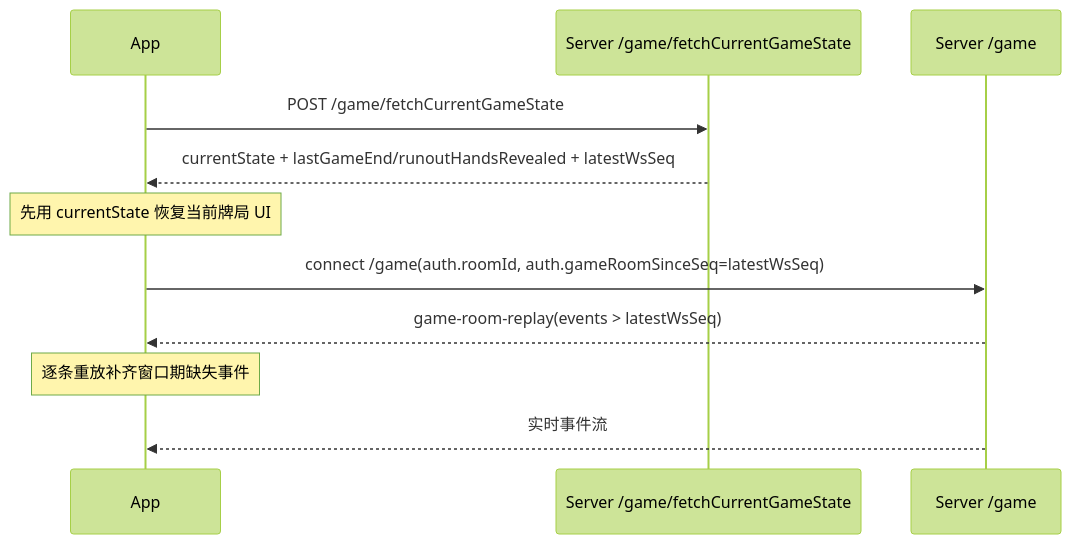
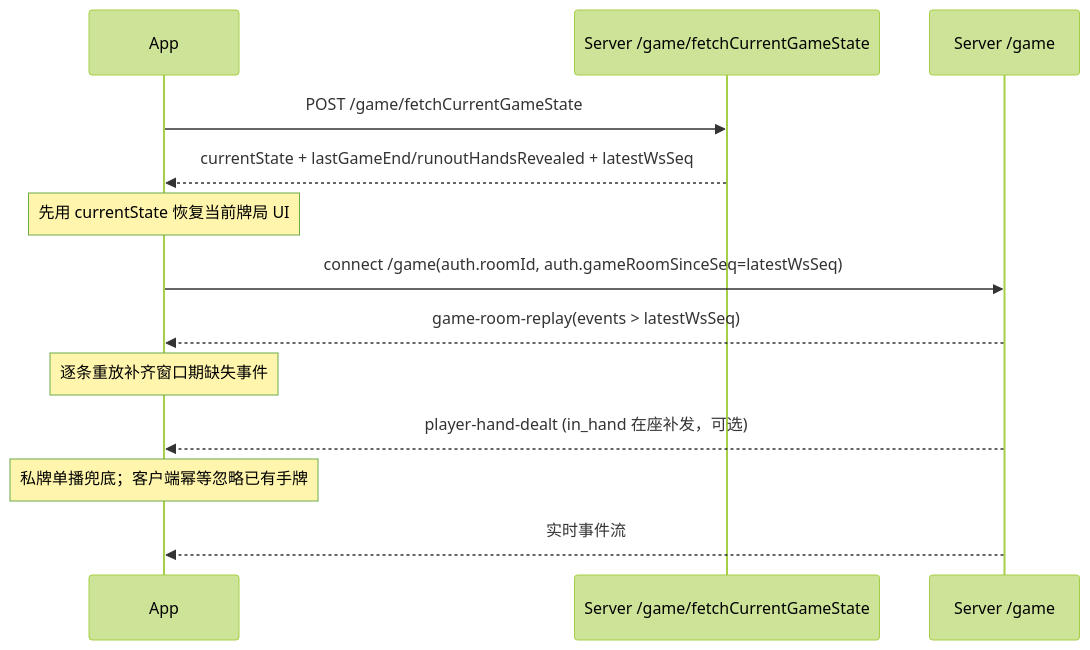
The diagram in packages/texas-ws-contract/docs/ws-events-reference.md (STTTOS/wish_server), drawn with Mermaid (forest theme) before and after one commit. The commit also changed other lines of this file and 3 other files, not shown here.

````diff
--- a/packages/texas-ws-contract/docs/ws-events-reference.md
+++ b/packages/texas-ws-contract/docs/ws-events-reference.md
@@ -364,16 +365,18 @@
 ```mermaid
 sequenceDiagram
   participant App
   participant HTTP as Server /game/fetchCurrentGameState
   participant WS as Server /game
 
   App->>HTTP: POST /game/fetchCurrentGameState
   HTTP-->>App: currentState + lastGameEnd/runoutHandsRevealed + latestWsSeq
   Note over App: 先用 currentState 恢复当前牌局 UI
 
   App->>WS: connect /game(auth.roomId, auth.gameRoomSinceSeq=latestWsSeq)
   WS-->>App: game-room-replay(events > latestWsSeq)
   Note over App: 逐条重放补齐窗口期缺失事件
+  WS-->>App: player-hand-dealt (in_hand 在座补发，可选)
+  Note over App: 私牌单播兜底；客户端幂等忽略已有手牌
 
   WS-->>App: 实时事件流
 ```
````
